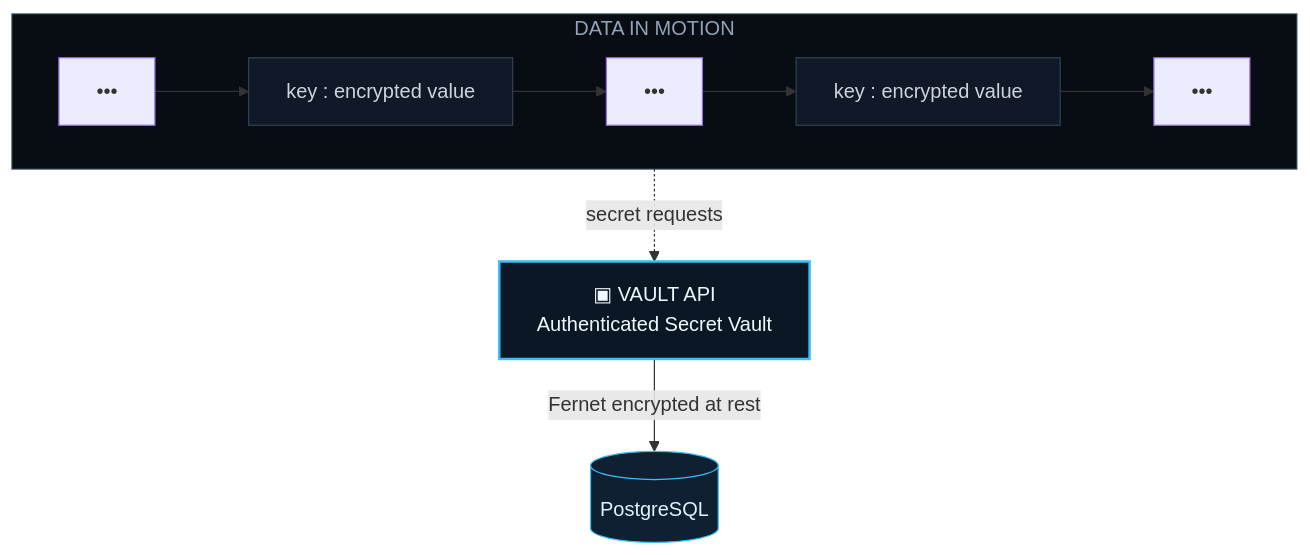
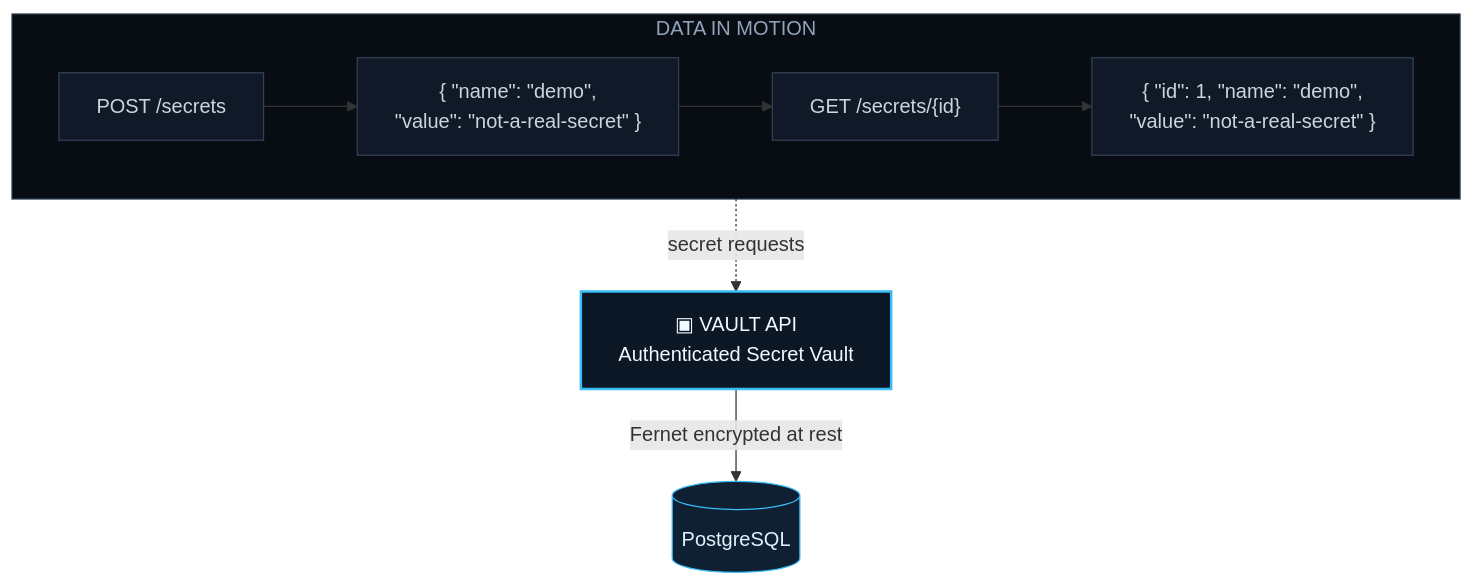
One commit to zqf20096327/dbhub_collect changed the first of 2 diagrams in data/readmes/MugdhoAI__vault-api.md. Above: the diagram before and after it, drawn with Mermaid. The commit also changed other lines of this file and 466 other files, not shown here.

````diff
--- a/data/readmes/MugdhoAI__vault-api.md
+++ b/data/readmes/MugdhoAI__vault-api.md
@@ -8,16 +19,18 @@
 ```mermaid
 flowchart TB
     VAULT["▣  VAULT API<br/>Authenticated Secret Vault"]
     subgraph FLOW["DATA IN MOTION"]
         direction LR
-        D1["•••"] --> D2["key : encrypted value"] --> D3["•••"] --> D4["key : encrypted value"] --> D5["•••"]
+        D1["POST /secrets"] --> D2["{ #quot;name#quot;: #quot;demo#quot;,<br/>#quot;value#quot;: #quot;not-a-real-secret#quot; }"] --> D3["GET /secrets/{id}"] --> D4["{ #quot;id#quot;: 1, #quot;name#quot;: #quot;demo#quot;,<br/>#quot;value#quot;: #quot;not-a-real-secret#quot; }"]
     end
     VAULT -->|"Fernet encrypted at rest"| STORE[("PostgreSQL")]
     FLOW -. "secret requests" .-> VAULT
 
     style VAULT fill:#0b1724,stroke:#38bdf8,color:#f0f9ff,stroke-width:2px
     style FLOW fill:#080d14,stroke:#26394d,color:#94a3b8
     style STORE fill:#102033,stroke:#38bdf8,color:#e0f2fe
+    style D1 fill:#111827,stroke:#334155,color:#cbd5e1
     style D2 fill:#111827,stroke:#334155,color:#cbd5e1
+    style D3 fill:#111827,stroke:#334155,color:#cbd5e1
     style D4 fill:#111827,stroke:#334155,color:#cbd5e1
 ```
````
